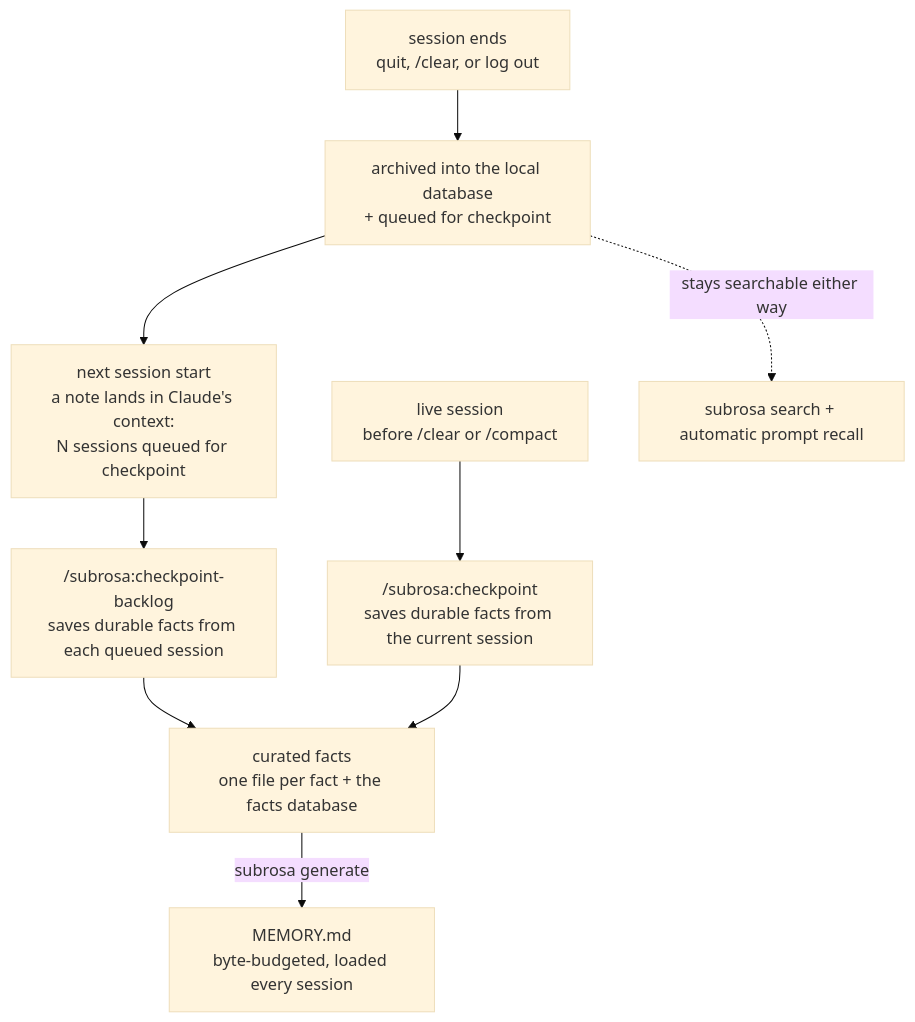
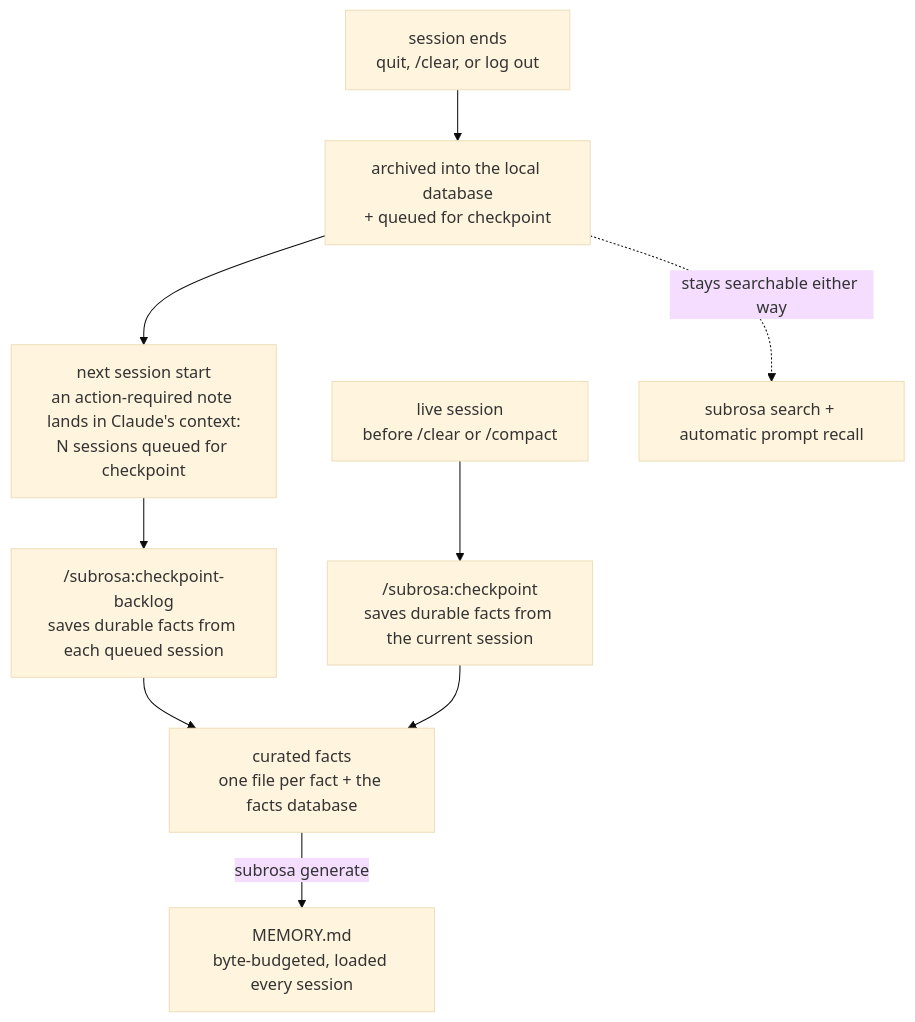
One commit to ij5a/subrosa changed the diagram in README.md. Above: the diagram before and after it, drawn with Mermaid (base theme). The commit also changed other lines of this file and 3 other files, not shown here.

Commit message:
feat(hook): loud action-required checkpoint-backlog nudge + checkpoint_nudge config (loud/quiet/off)

````diff
--- a/README.md
+++ b/README.md
@@ -141,11 +141,11 @@
 ```mermaid
 flowchart TD
     ended["session ends<br/>quit, /clear, or log out"] --> archived["archived into the local database<br/>+ queued for checkpoint"]
-    archived --> nudge["next session start<br/>a note lands in Claude's context:<br/>N sessions queued for checkpoint"]
+    archived --> nudge["next session start<br/>an action-required note lands in Claude's context:<br/>N sessions queued for checkpoint"]
     nudge --> backlog["/subrosa:checkpoint-backlog<br/>saves durable facts from each queued session"]
     livesession["live session<br/>before /clear or /compact"] --> checkpoint["/subrosa:checkpoint<br/>saves durable facts from the current session"]
     backlog --> facts["curated facts<br/>one file per fact + the facts database"]
     checkpoint --> facts
     facts -->|subrosa generate| memorymd["MEMORY.md<br/>byte-budgeted, loaded every session"]
     archived -.->|stays searchable either way| recall["subrosa search + automatic prompt recall"]
 ```
````
